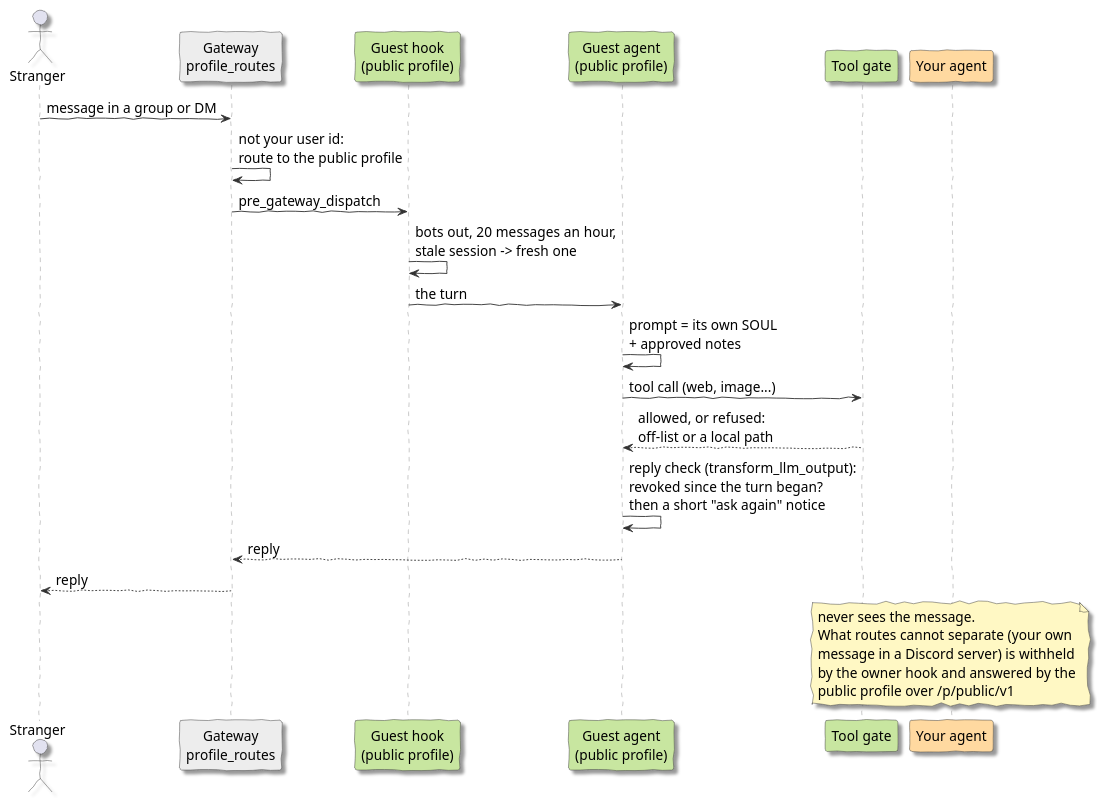
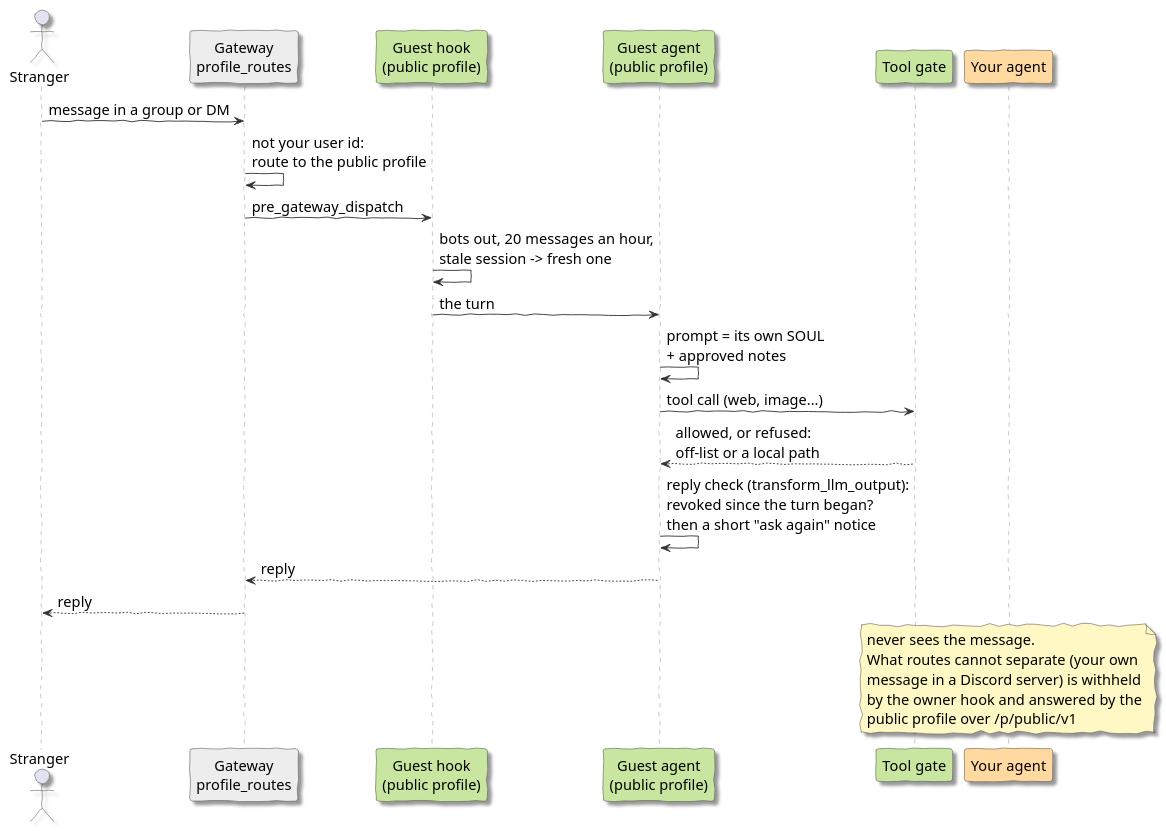
The diagram in docs/diagrams/question.puml (dotv-7/salts-secrets-plugin), drawn with PlantUML before and after one commit. The commit also changed 5 other files, not shown here.

Commit message:
Sync with salts-secrets #49: diagram and comparison table first in the README, diagrams in Patrick Hand

```diff
--- a/docs/diagrams/question.puml
+++ b/docs/diagrams/question.puml
@@ -1,36 +1,36 @@
 @startuml
 skinparam handwritten true
-skinparam defaultFontName Dekko
-skinparam defaultFontSize 15
+skinparam defaultFontName "Patrick Hand"
+skinparam defaultFontSize 16
 skinparam shadowing true
 skinparam backgroundColor white
 skinparam sequence {
   ArrowColor #333333
   LifeLineBorderColor #888888
   ParticipantBorderColor #333333
   ActorBorderColor #333333
 }
 skinparam note {
   BackgroundColor #FFF8C4
   BorderColor #333333
 }
 actor Stranger as S
 participant "Gateway\nprofile_routes" as G #EDEDED
 participant "Guest hook\n(public profile)" as H #C8E6A0
 participant "Guest agent\n(public profile)" as P #C8E6A0
 participant "Tool gate" as T #C8E6A0
 participant "Your agent" as O #FFD9A0
 
 S -> G : message in a group or DM
 G -> G : not your user id:\nroute to the public profile
 G -> H : pre_gateway_dispatch
 H -> H : bots out, 20 messages an hour,\nstale session -> fresh one
 H -> P : the turn
 P -> P : prompt = its own SOUL\n+ approved notes
 P -> T : tool call (web, image...)
 T --> P : allowed, or refused:\noff-list or a local path
 P -> P : reply check (transform_llm_output):\nrevoked since the turn began?\nthen a short "ask again" notice
 P --> G : reply
 G --> S : reply
 note over O : never sees the message.\nWhat routes cannot separate (your own\nmessage in a Discord server) is withheld\nby the owner hook and answered by the\npublic profile over /p/public/v1
 @enduml
```
